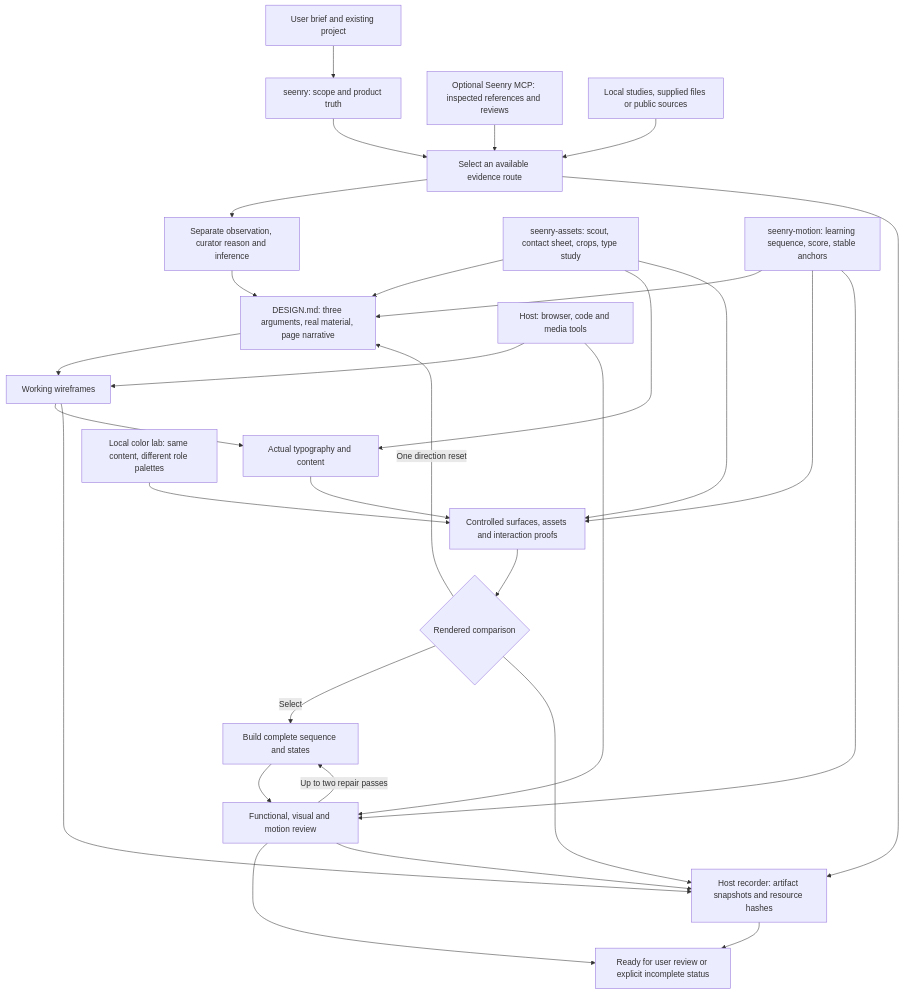
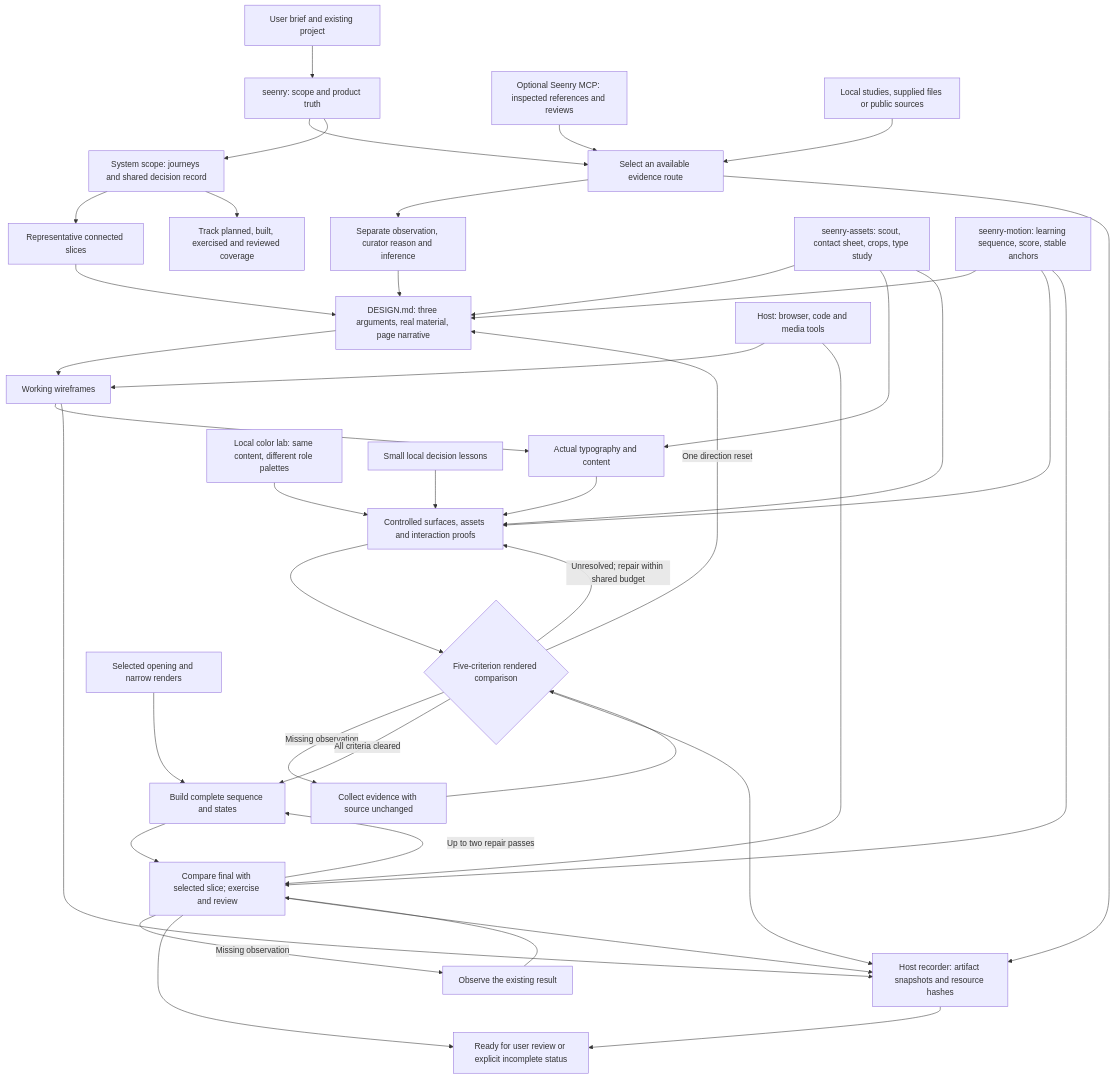
One commit to ayangabryl/seenry-skills changed the diagram in ARCHITECTURE.md. Above: the diagram before and after it, drawn with Mermaid. The commit also changed other lines of this file and 104 other files, not shown here.

Commit message:
Add rendered feedback lessons and verified design handoffs

````diff
--- a/ARCHITECTURE.md
+++ b/ARCHITECTURE.md
@@ -5,32 +5,43 @@
 ```mermaid
 flowchart TD
   U[User brief and existing project] --> S[seenry: scope and product truth]
   S --> R[Select an available evidence route]
+  S --> SYS[System scope: journeys and shared decision record]
+  SYS --> SL[Representative connected slices]
+  SL --> P
+  SYS --> COVER[Track planned, built, exercised and reviewed coverage]
   M[Optional Seenry MCP: inspected references and reviews] --> R
   L[Local studies, supplied files or public sources] --> R
   R --> E[Separate observation, curator reason and inference]
   E --> P[DESIGN.md: three arguments, real material, page narrative]
   P --> W[Working wireframes]
   W --> T[Actual typography and content]
   T --> V[Controlled surfaces, assets and interaction proofs]
   CL[Local color lab: same content, different role palettes] --> V
-  V --> C{Rendered comparison}
+  VL[Small local decision lessons] --> V
+  V --> C{Five-criterion rendered comparison}
+  C -->|Missing observation| OBS[Collect evidence with source unchanged]
+  OBS --> C
   C -->|One direction reset| P
-  C -->|Select| B[Build complete sequence and states]
-  B --> Q[Functional, visual and motion review]
+  C -->|Unresolved; repair within shared budget| V
+  C -->|All criteria cleared| B[Build complete sequence and states]
+  KEEP[Selected opening and narrow renders] --> B
+  B --> Q[Compare final with selected slice; exercise and review]
+  Q -->|Missing observation| OBS2[Observe the existing result]
+  OBS2 --> Q
   Q -->|Up to two repair passes| B
   Q --> F[Ready for user review or explicit incomplete status]
   A[seenry-assets: scout, contact sheet, crops, type study] --> P
   A --> T
   A --> V
   O[seenry-motion: learning sequence, score, stable anchors] --> P
   O --> V
   O --> Q
   H[Host: browser, code and media tools] --> W
   H --> Q
   R --> REC[Host recorder: artifact snapshots and resource hashes]
   W --> REC
   C --> REC
   Q --> REC
   REC --> F
 ```
````
